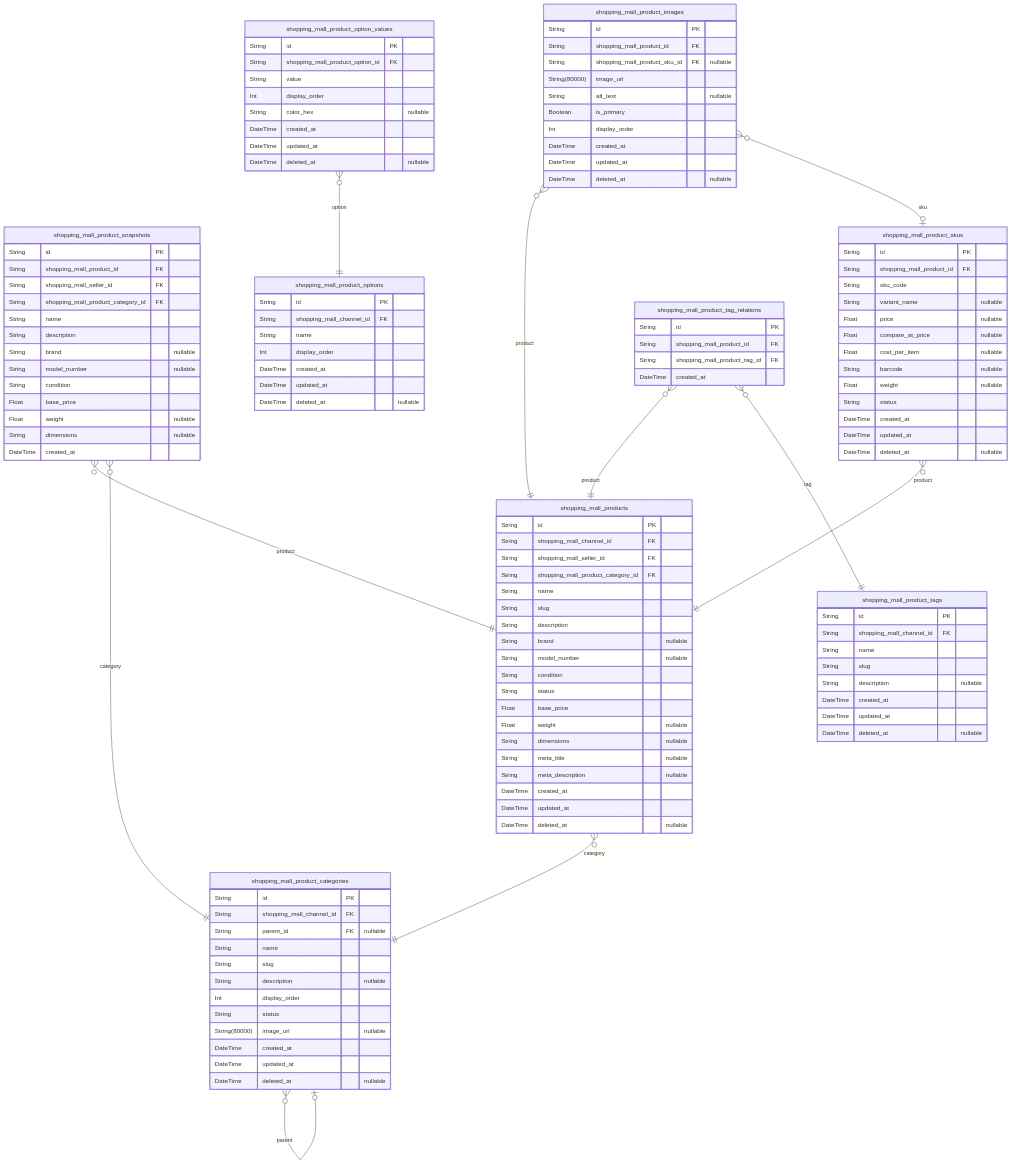
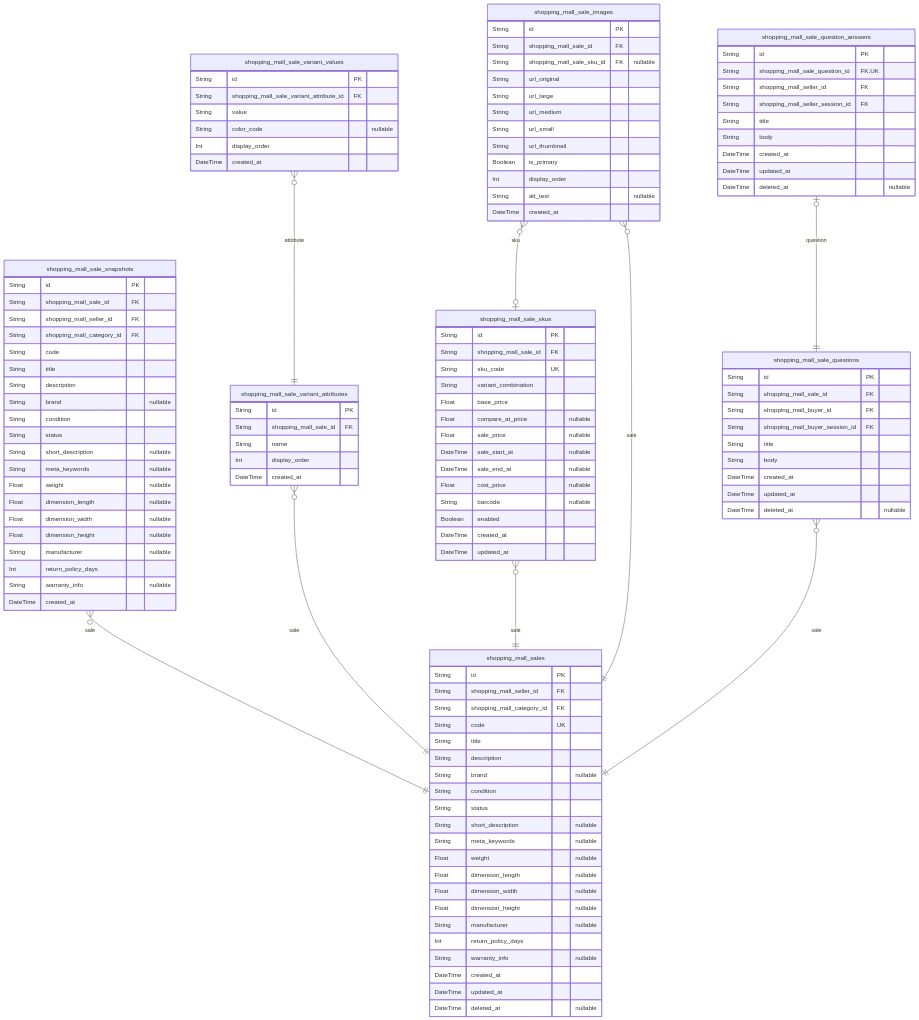
Before and after one commit to wrtnlabs/autobe-examples: the fourth of 10 diagrams in anthropic/claude-sonnet-4.5/shopping/docs/ERD.md, drawn with Mermaid. The commit also changed other lines of this file and 22498 other files, not shown here.

````diff
--- a/anthropic/claude-sonnet-4.5/shopping/docs/ERD.md
+++ b/anthropic/claude-sonnet-4.5/shopping/docs/ERD.md
@@ -544,125 +589,123 @@
 ```mermaid
 erDiagram
-"shopping_mall_product_categories" {
+"shopping_mall_sales" {
   String id PK
-  String shopping_mall_channel_id FK
-  String parent_id FK "nullable"
-  String name
-  String slug
-  String description "nullable"
-  Int display_order
+  String shopping_mall_seller_id FK
+  String shopping_mall_category_id FK
+  String code UK
+  String title
+  String description
+  String brand "nullable"
+  String condition
   String status
-  String(80000) image_url "nullable"
+  String short_description "nullable"
+  String meta_keywords "nullable"
+  Float weight "nullable"
+  Float dimension_length "nullable"
+  Float dimension_width "nullable"
+  Float dimension_height "nullable"
+  String manufacturer "nullable"
+  Int return_policy_days
+  String warranty_info "nullable"
   DateTime created_at
   DateTime updated_at
   DateTime deleted_at "nullable"
 }
-"shopping_mall_products" {
+"shopping_mall_sale_snapshots" {
   String id PK
-  String shopping_mall_channel_id FK
+  String shopping_mall_sale_id FK
   String shopping_mall_seller_id FK
-  String shopping_mall_product_category_id FK
-  String name
-  String slug
+  String shopping_mall_category_id FK
+  String code
+  String title
   String description
   String brand "nullable"
-  String model_number "nullable"
   String condition
   String status
+  String short_description "nullable"
+  String meta_keywords "nullable"
+  Float weight "nullable"
+  Float dimension_length "nullable"
+  Float dimension_width "nullable"
+  Float dimension_height "nullable"
+  String manufacturer "nullable"
+  Int return_policy_days
+  String warranty_info "nullable"
+  DateTime created_at
+}
+"shopping_mall_sale_variant_attributes" {
+  String id PK
+  String shopping_mall_sale_id FK
+  String name
+  Int display_order
+  DateTime created_at
+}
+"shopping_mall_sale_variant_values" {
+  String id PK
+  String shopping_mall_sale_variant_attribute_id FK
+  String value
+  String color_code "nullable"
+  Int display_order
+  DateTime created_at
+}
+"shopping_mall_sale_skus" {
+  String id PK
+  String shopping_mall_sale_id FK
+  String sku_code UK
+  String variant_combination
   Float base_price
-  Float weight "nullable"
-  String dimensions "nullable"
-  String meta_title "nullable"
-  String meta_description "nullable"
+  Float compare_at_price "nullable"
+  Float sale_price "nullable"
+  DateTime sale_start_at "nullable"
+  DateTime sale_end_at "nullable"
+  Float cost_price "nullable"
+  String barcode "nullable"
+  Boolean enabled
+  DateTime created_at
+  DateTime updated_at
+}
+"shopping_mall_sale_images" {
+  String id PK
+  String shopping_mall_sale_id FK
+  String shopping_mall_sale_sku_id FK "nullable"
+  String url_original
+  String url_large
+  String url_medium
+  String url_small
+  String url_thumbnail
+  Boolean is_primary
+  Int display_order
+  String alt_text "nullable"
+  DateTime created_at
+}
+"shopping_mall_sale_questions" {
+  String id PK
+  String shopping_mall_sale_id FK
+  String shopping_mall_buyer_id FK
+  String shopping_mall_buyer_session_id FK
+  String title
+  String body
   DateTime created_at
   DateTime updated_at
   DateTime deleted_at "nullable"
 }
-"shopping_mall_product_snapshots" {
+"shopping_mall_sale_question_answers" {
   String id PK
-  String shopping_mall_product_id FK
+  String shopping_mall_sale_question_id FK,UK
   String shopping_mall_seller_id FK
-  String shopping_mall_product_category_id FK
-  String name
-  String description
-  String brand "nullable"
-  String model_number "nullable"
-  String condition
-  Float base_price
-  Float weight "nullable"
-  String dimensions "nullable"
-  DateTime created_at
-}
-"shopping_mall_product_options" {
-  String id PK
-  String shopping_mall_channel_id FK
-  String name
-  Int display_order
+  String shopping_mall_seller_session_id FK
+  String title
+  String body
   DateTime created_at
   DateTime updated_at
   DateTime deleted_at "nullable"
 }
-"shopping_mall_product_option_values" {
-  String id PK
-  String shopping_mall_product_option_id FK
-  String value
-  Int display_order
-  String color_hex "nullable"
-  DateTime created_at
-  DateTime updated_at
-  DateTime deleted_at "nullable"
-}
-"shopping_mall_product_skus" {
-  String id PK
-  String shopping_mall_product_id FK
-  String sku_code
-  String variant_name "nullable"
-  Float price "nullable"
-  Float compare_at_price "nullable"
-  Float cost_per_item "nullable"
-  String barcode "nullable"
-  Float weight "nullable"
-  String status
-  DateTime created_at
-  DateTime updated_at
-  DateTime deleted_at "nullable"
-}
-"shopping_mall_product_images" {
-  String id PK
-  String shopping_mall_product_id FK
-  String shopping_mall_product_sku_id FK "nullable"
-  String(80000) image_url
-  String alt_text "nullable"
-  Boolean is_primary
-  Int display_order
-  DateTime created_at
-  DateTime updated_at
-  DateTime deleted_at "nullable"
-}
-"shopping_mall_product_tags" {
-  String id PK
-  String shopping_mall_channel_id FK
-  String name
-  String slug
-  String description "nullable"
-  DateTime created_at
-  DateTime updated_at
-  DateTime deleted_at "nullable"
-}
-"shopping_mall_product_tag_relations" {
-  String id PK
-  String shopping_mall_product_id FK
-  String shopping_mall_product_tag_id FK
-  DateTime created_at
-}
-"shopping_mall_product_categories" }o--o| "shopping_mall_product_categories" : parent
-"shopping_mall_products" }o--|| "shopping_mall_product_categories" : category
-"shopping_mall_product_snapshots" }o--|| "shopping_mall_products" : product
-"shopping_mall_product_snapshots" }o--|| "shopping_mall_product_categories" : category
-"shopping_mall_product_option_values" }o--|| "shopping_mall_product_options" : option
-"shopping_mall_product_skus" }o--|| "shopping_mall_products" : product
-"shopping_mall_product_images" }o--|| "shopping_mall_products" : product
-"shopping_mall_product_images" }o--o| "shopping_mall_product_skus" : sku
-"shopping_mall_product_tag_relations" }o--|| "shopping_mall_products" : product
-"shopping_mall_product_tag_relations" }o--|| "shopping_mall_product_tags" : tag
+"shopping_mall_sale_snapshots" }o--|| "shopping_mall_sales" : sale
+"shopping_mall_sale_variant_attributes" }o--|| "shopping_mall_sales" : sale
+"shopping_mall_sale_variant_values" }o--|| "shopping_mall_sale_variant_attributes" : attribute
+"shopping_mall_sale_skus" }o--|| "shopping_mall_sales" : sale
+"shopping_mall_sale_images" }o--|| "shopping_mall_sales" : sale
+"shopping_mall_sale_images" }o--o| "shopping_mall_sale_skus" : sku
+"shopping_mall_sale_questions" }o--|| "shopping_mall_sales" : sale
+"shopping_mall_sale_question_answers" |o--|| "shopping_mall_sale_questions" : question
 ```
````
